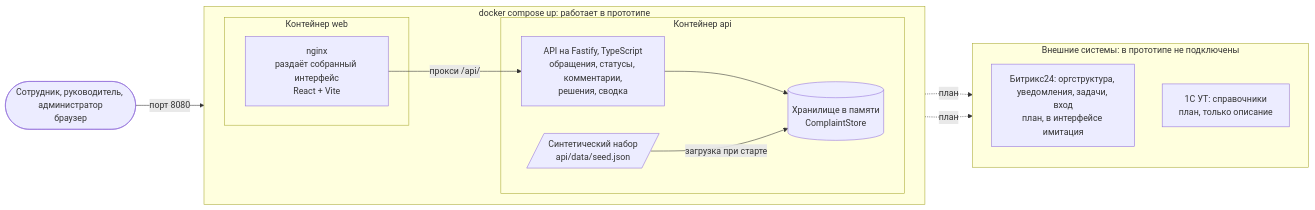
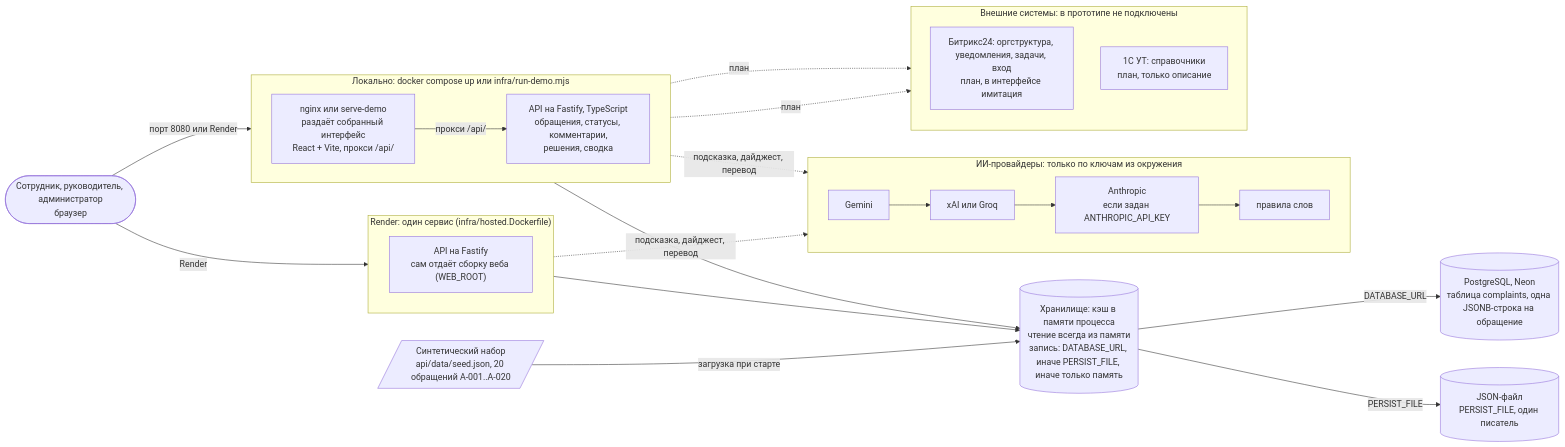
One commit to GredesCerber/employee-feedback changed the diagram in design/diagrams/architecture.md. Above: the diagram before and after it, drawn with Mermaid. The commit also changed other lines of this file and 1 other file, not shown here.

Commit message:
docs: сверить архитектуру и схемы с main (#409) (#426)
Agent: human@desktop-bn178f2
Issue: #409

````diff
--- a/design/diagrams/architecture.md
+++ b/design/diagrams/architecture.md
@@ -7,29 +7,44 @@
 ```mermaid
 flowchart LR
   user(["Сотрудник, руководитель, администратор<br/>браузер"])
 
-  subgraph compose["docker compose up: работает в прототипе"]
+  subgraph local["Локально: docker compose up или infra/run-demo.mjs"]
     direction LR
-    subgraph webc["Контейнер web"]
-      nginx["nginx<br/>раздаёт собранный интерфейс<br/>React + Vite"]
-    end
-    subgraph apic["Контейнер api"]
-      api["API на Fastify, TypeScript<br/>обращения, статусы, комментарии,<br/>решения, сводка"]
-      store[("Хранилище в памяти<br/>ComplaintStore")]
-      seed[/"Синтетический набор<br/>api/data/seed.json"/]
-    end
+    nginx["nginx или serve-demo<br/>раздаёт собранный интерфейс<br/>React + Vite, прокси /api/"]
+    api["API на Fastify, TypeScript<br/>обращения, статусы, комментарии,<br/>решения, сводка"]
+    nginx -->|"прокси /api/"| api
   end
+
+  subgraph hosted["Render: один сервис (infra/hosted.Dockerfile)"]
+    direction TB
+    hapi["API на Fastify<br/>сам отдаёт сборку веба (WEB_ROOT)"]
+  end
+
+  store[("Хранилище: кэш в памяти процесса<br/>чтение всегда из памяти<br/>запись: DATABASE_URL, иначе PERSIST_FILE, иначе только память")]
+  seed[/"Синтетический набор<br/>api/data/seed.json, 20 обращений A-001..A-020"/]
+  pg[("PostgreSQL, Neon<br/>таблица complaints, одна JSONB-строка на обращение")]
+  file[("JSON-файл<br/>PERSIST_FILE, один писатель")]
+
+  user -->|"порт 8080 или Render"| nginx
+  user -->|"Render"| hapi
+  api --> store
+  hapi --> store
+  seed -->|"загрузка при старте"| store
+  store -->|"DATABASE_URL"| pg
+  store -->|"PERSIST_FILE"| file
+
+  subgraph ai["ИИ-провайдеры: только по ключам из окружения"]
+    direction LR
+    gem["Gemini"] --> xai["xAI или Groq"] --> anth["Anthropic<br/>если задан ANTHROPIC_API_KEY"] --> rules["правила слов"]
+  end
+  api -.->|"подсказка, дайджест, перевод"| ai
+  hapi -.->|"подсказка, дайджест, перевод"| ai
 
   subgraph ext["Внешние системы: в прототипе не подключены"]
     direction TB
     bitrix["Битрикс24: оргструктура, уведомления, задачи, вход<br/>план, в интерфейсе имитация"]
     onec["1С УТ: справочники<br/>план, только описание"]
   end
-
-  user -->|"порт 8080"| nginx
-  nginx -->|"прокси /api/"| api
-  api --> store
-  seed -->|"загрузка при старте"| store
   api -.->|"план"| bitrix
   api -.->|"план"| onec
 ```
````
